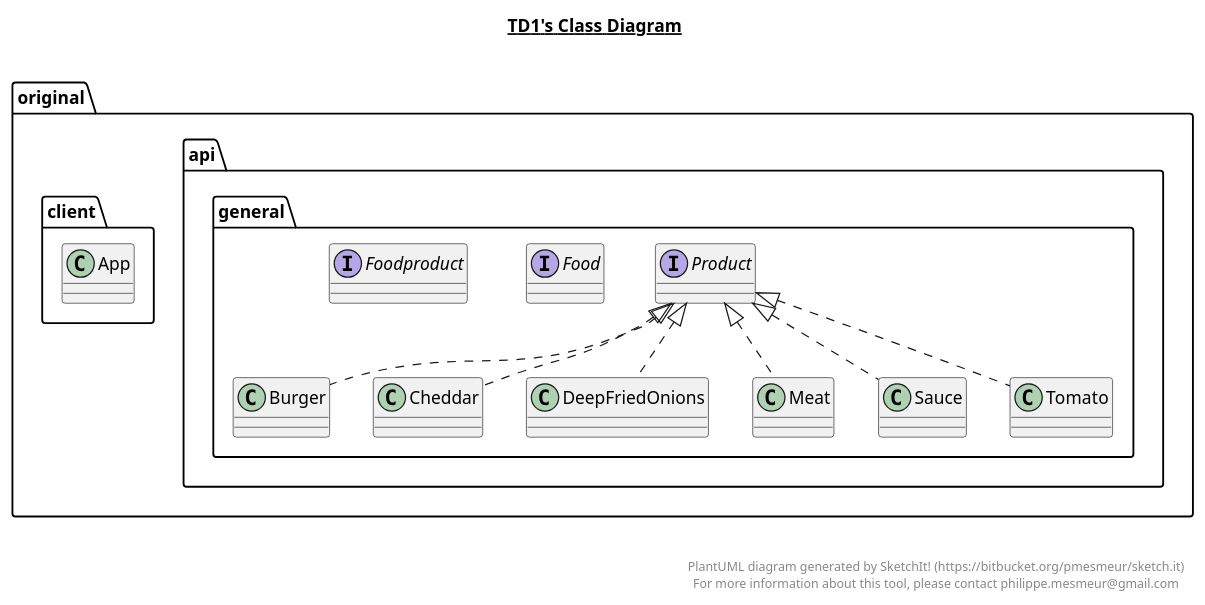
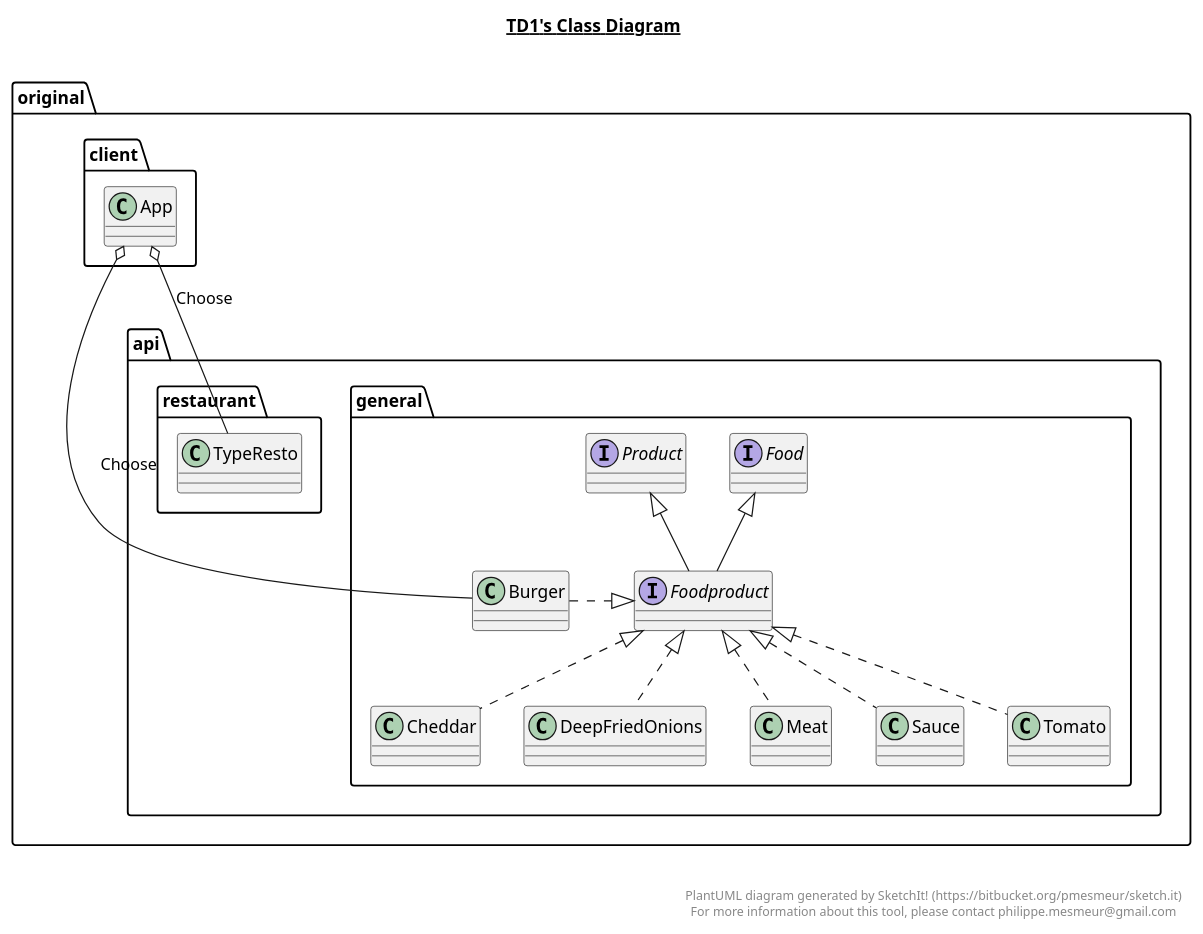
The diagram in td1.plantuml (mehdisellami/designp), drawn with PlantUML before and after one commit. The commit also changed 11 other files, not shown here.

```diff
--- a/td1.plantuml
+++ b/td1.plantuml
@@ -1,82 +1,84 @@
 @startuml
 
 title __TD1's Class Diagram__\n
 
   namespace original.api.general {
     class original.api.general.Burger {
     }
   }
   
 
   namespace original.api.general {
     class original.api.general.Cheddar {
     }
   }
   
 
   namespace original.api.general {
     class original.api.general.DeepFriedOnions {
     }
   }
   
 
   namespace original.api.general {
-    interface original.api.general.Food {
+    interface original.api.general.Food{
     }
   }
   
 
   namespace original.api.general {
-    interface original.api.general.Foodproduct {
+    interface original.api.general.Foodproduct extends Food,Product  {
     }
   }
   
 
   namespace original.api.general {
     class original.api.general.Meat {
     }
   }
   
 
   namespace original.api.general {
     interface original.api.general.Product {
     }
   }
   
 
   namespace original.api.general {
     class original.api.general.Sauce {
     }
   }
   
 
   namespace original.api.general {
     class original.api.general.Tomato {
     }
   }
   
 
   namespace original.client {
     class original.client.App {
     }
   }
   
 
-  original.api.general.Burger .up.|> original.api.general.Product
-  original.api.general.Cheddar .up.|> original.api.general.Product
-  original.api.general.DeepFriedOnions .up.|> original.api.general.Product
-  original.api.general.Meat .up.|> original.api.general.Product
+  original.api.general.Burger .right.|> original.api.general.Foodproduct
+  original.api.general.Cheddar .up.|> original.api.general.Foodproduct
+  original.api.general.DeepFriedOnions .up.|> original.api.general.Foodproduct
+  original.api.general.Meat .up.|> original.api.general.Foodproduct
   original.api.general.Meat o-- original.api.general.Meat.MeatType : type
-  original.api.general.Sauce .up.|> original.api.general.Product
+  original.api.general.Sauce .up.|> original.api.general.Foodproduct
   original.api.general.Sauce o-- original.api.general.Sauce.SauceType : type
-  original.api.general.Tomato .up.|> original.api.general.Product
+  original.api.general.Tomato .up.|> original.api.general.Foodproduct
+  original.client.App o-- original.api.general.Burger : Choose
+  original.client.App o-- original.api.restaurant.TypeResto : Choose
 
 
 right footer
 
 
 PlantUML diagram generated by SketchIt! (https://bitbucket.org/pmesmeur/sketch.it)
 For more information about this tool, please contact philippe.mesmeur@gmail.com
 endfooter
 
 @enduml
```
